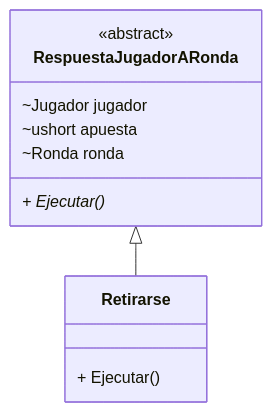
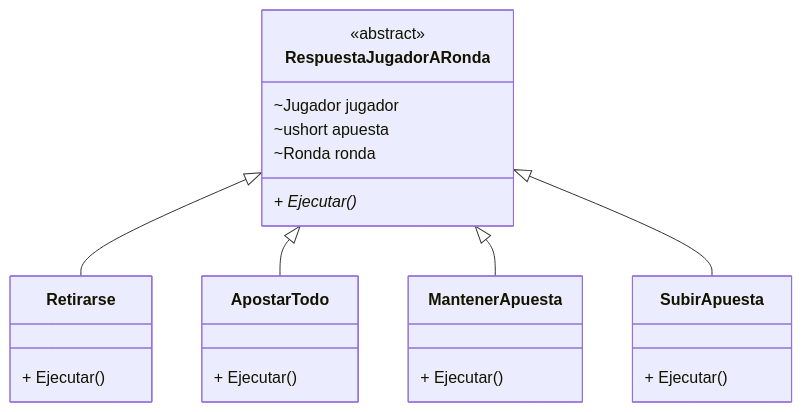
The first of 2 diagrams in Poker12.Core/LogicaRonda/README.md (luchoxx87/Poker12), drawn with Mermaid before and after one commit. The commit also changed other lines of this file, not shown here.

Commit message:
RespuestaJugadorARonda

````diff
--- a/Poker12.Core/LogicaRonda/README.md
+++ b/Poker12.Core/LogicaRonda/README.md
@@ -5,14 +5,29 @@
 ```mermaid
 classDiagram
     class RespuestaJugadorARonda{
         <<abstract>>
         ~Jugador jugador
         ~ushort apuesta
         ~Ronda ronda
         + Ejecutar()*
     }
     class Retirarse{
         + Ejecutar()
     }
     RespuestaJugadorARonda <|-- Retirarse
+
+    class ApostarTodo{
+        + Ejecutar()
+    }
+
+    class MantenerApuesta{
+        + Ejecutar()
+    }
+
+    class SubirApuesta{
+        + Ejecutar()
+    }
+    RespuestaJugadorARonda <|-- ApostarTodo
+    RespuestaJugadorARonda <|-- MantenerApuesta
+    RespuestaJugadorARonda <|-- SubirApuesta
 ```
````
